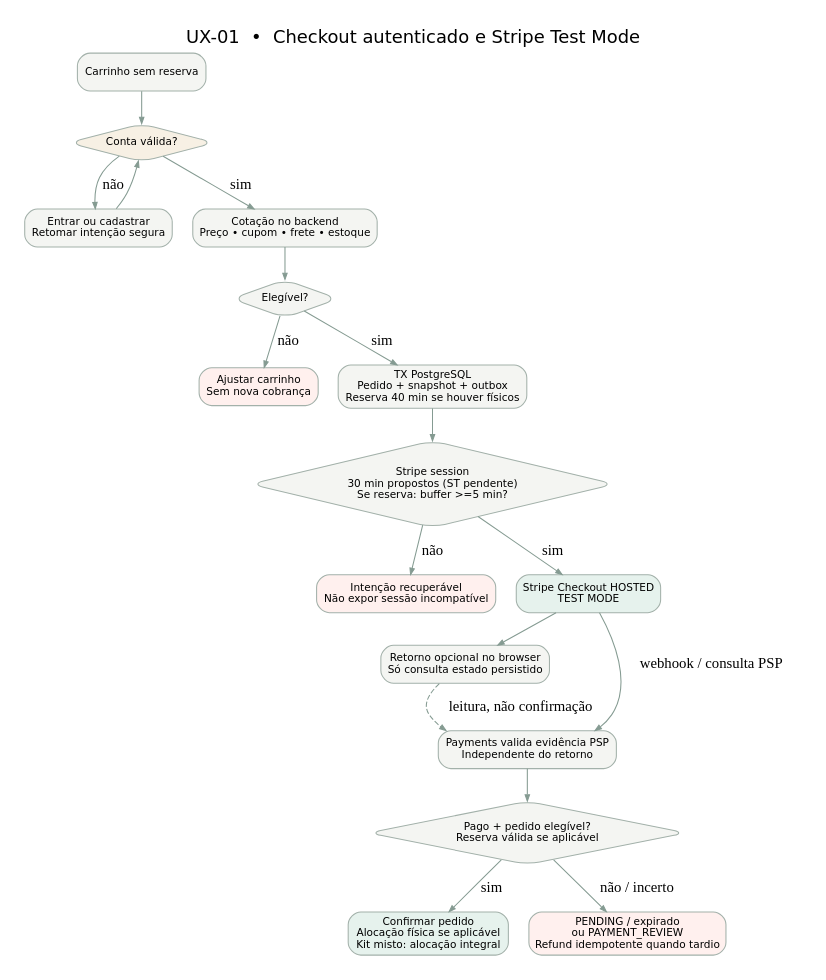
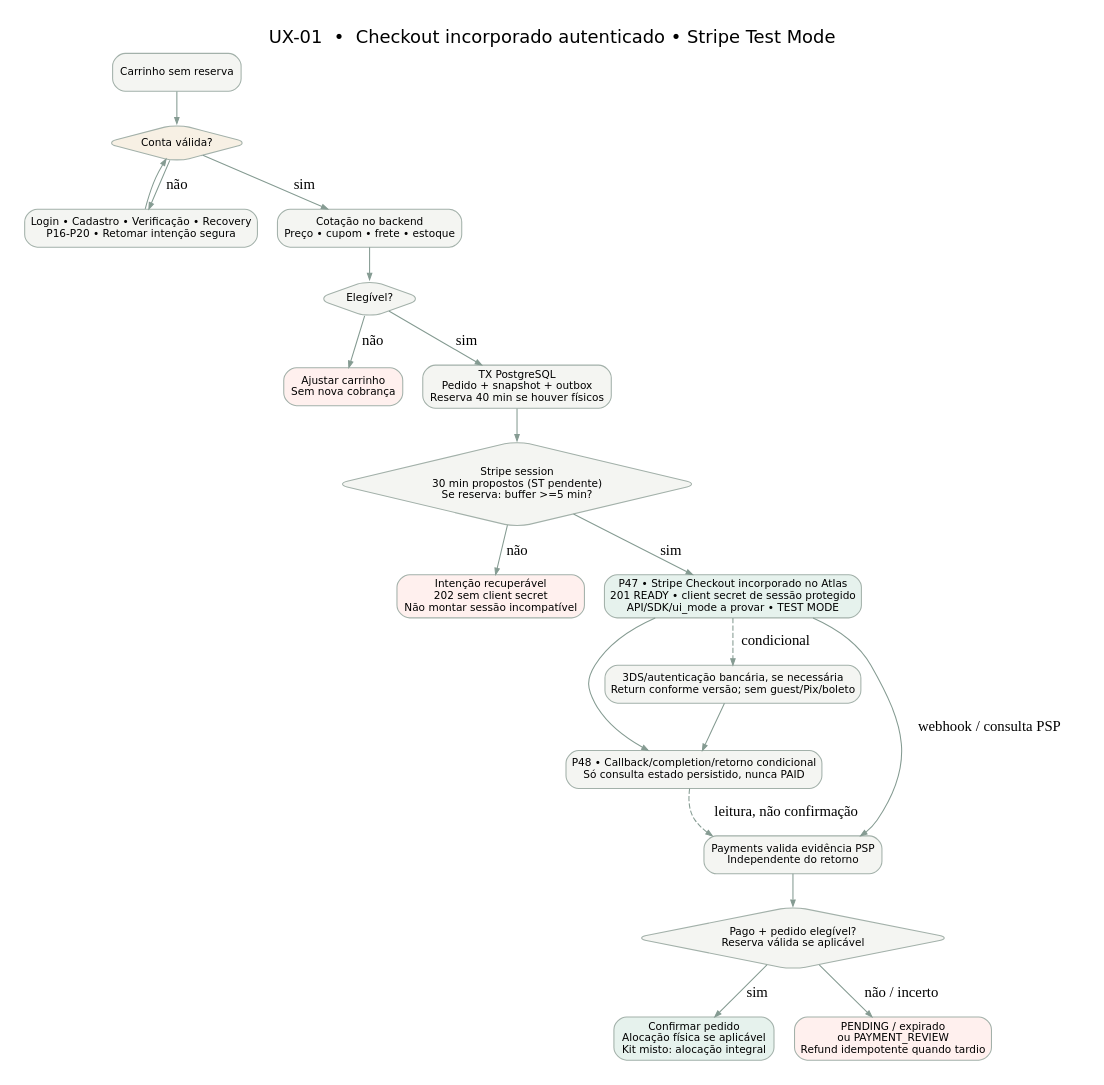
One commit to Igor475/atlas-commerce changed the diagram in docs/05-engineering/fd03/diagrams/UX-01-checkout-autenticado.dot. Above: the diagram before and after it, drawn with Graphviz. The commit also changed 33 other files, not shown here.

```diff
--- a/docs/05-engineering/fd03/diagrams/UX-01-checkout-autenticado.dot
+++ b/docs/05-engineering/fd03/diagrams/UX-01-checkout-autenticado.dot
@@ -1,17 +1,20 @@
-digraph UX01 { graph [rankdir=TB bgcolor=white pad="0.22" nodesep="0.26" ranksep="0.4" fontname="DejaVu Sans" label="UX-01  •  Checkout autenticado e Stripe Test Mode" labelloc=t fontsize=17]; node [shape=box style="rounded,filled" fillcolor="#f4f5f2" color="#a3b1aa" fontname="DejaVu Sans" fontsize=10]; edge [color="#859b92" arrowsize=.6]; a [label="Carrinho sem reserva"]; b [shape=diamond label="Conta válida?" fillcolor="#f7f0e4"]; c [label="Entrar ou cadastrar
-Retomar intenção segura"]; d [label="Cotação no backend
+digraph UX01 { graph [rankdir=TB bgcolor=white pad="0.22" nodesep="0.26" ranksep="0.4" fontname="DejaVu Sans" label="UX-01  •  Checkout incorporado autenticado • Stripe Test Mode" labelloc=t fontsize=17]; node [shape=box style="rounded,filled" fillcolor="#f4f5f2" color="#a3b1aa" fontname="DejaVu Sans" fontsize=10]; edge [color="#859b92" arrowsize=.6]; a [label="Carrinho sem reserva"]; b [shape=diamond label="Conta válida?" fillcolor="#f7f0e4"]; c [label="Login • Cadastro • Verificação • Recovery
+P16-P20 • Retomar intenção segura"]; d [label="Cotação no backend
 Preço • cupom • frete • estoque"]; e [shape=diamond label="Elegível?"]; f [label="Ajustar carrinho
 Sem nova cobrança",fillcolor="#fff0ee"]; g [label="TX PostgreSQL
 Pedido + snapshot + outbox
 Reserva 40 min se houver físicos"]; h [shape=diamond label="Stripe session
 30 min propostos (ST pendente)
 Se reserva: buffer >=5 min?"]; i [label="Intenção recuperável
-Não expor sessão incompatível",fillcolor="#fff0ee"]; j [label="Stripe Checkout HOSTED
-TEST MODE",fillcolor="#e6f2ed"]; k [label="Retorno opcional no browser
-Só consulta estado persistido"]; l [label="Payments valida evidência PSP
+202 sem client secret
+Não montar sessão incompatível",fillcolor="#fff0ee"]; j [label="P47 • Stripe Checkout incorporado no Atlas
+201 READY • client secret de sessão protegido
+API/SDK/ui_mode a provar • TEST MODE",fillcolor="#e6f2ed"]; k [label="P48 • Callback/completion/retorno condicional
+Só consulta estado persistido, nunca PAID"]; l [label="Payments valida evidência PSP
 Independente do retorno"]; m [shape=diamond label="Pago + pedido elegível?
 Reserva válida se aplicável"]; n [label="Confirmar pedido
 Alocação física se aplicável
 Kit misto: alocação integral",fillcolor="#e6f2ed"]; o [label="PENDING / expirado
 ou PAYMENT_REVIEW
-Refund idempotente quando tardio",fillcolor="#fff0ee"]; a->b;b->d [label="sim"];b->c [label="não"];c->b;d->e;e->f [label="não"];e->g [label="sim"];g->h;h->i [label="não"];h->j [label="sim"];j->k;j->l [label="webhook / consulta PSP"];k->l [style=dashed label="leitura, não confirmação"];l->m;m->n [label="sim"];m->o [label="não / incerto"]; }
+Refund idempotente quando tardio",fillcolor="#fff0ee"]; a->b;b->d [label="sim"];b->c [label="não"];c->b;d->e;e->f [label="não"];e->g [label="sim"];g->h;h->i [label="não"];h->j [label="sim"];bank [label="3DS/autenticação bancária, se necessária
+Return conforme versão; sem guest/Pix/boleto"];j->bank [style=dashed label="condicional"];bank->k;j->k;j->l [label="webhook / consulta PSP"];k->l [style=dashed label="leitura, não confirmação"];l->m;m->n [label="sim"];m->o [label="não / incerto"]; }
```
